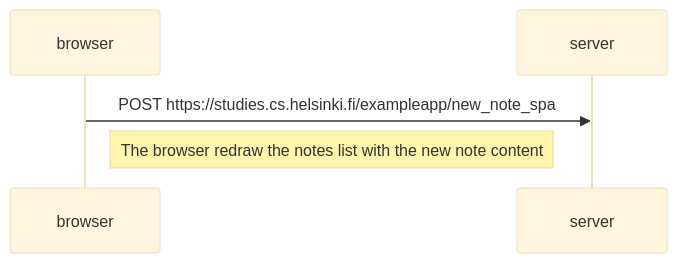
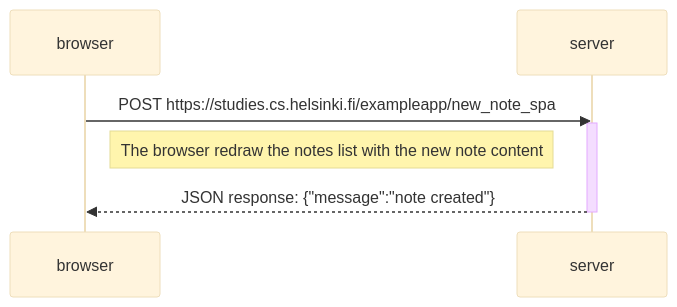
One commit to gcosta815/fullstackopen changed the diagram in part0/0.6/new_note_in_single_page_app_diagram.md. Above: the diagram before and after it, drawn with Mermaid (base theme).

````diff
--- a/part0/0.6/new_note_in_single_page_app_diagram.md
+++ b/part0/0.6/new_note_in_single_page_app_diagram.md
@@ -1,10 +1,13 @@
 ```mermaid
 sequenceDiagram;
   participant browser;
   participant server;
 
   browser->>server: POST https://studies.cs.helsinki.fi/exampleapp/new_note_spa;
   activate server;
 
   Note right of browser: The browser redraw the notes list with the new note content
+
+  server-->>browser: JSON response: {"message":"note created"}
+  deactivate server
 ```
````
